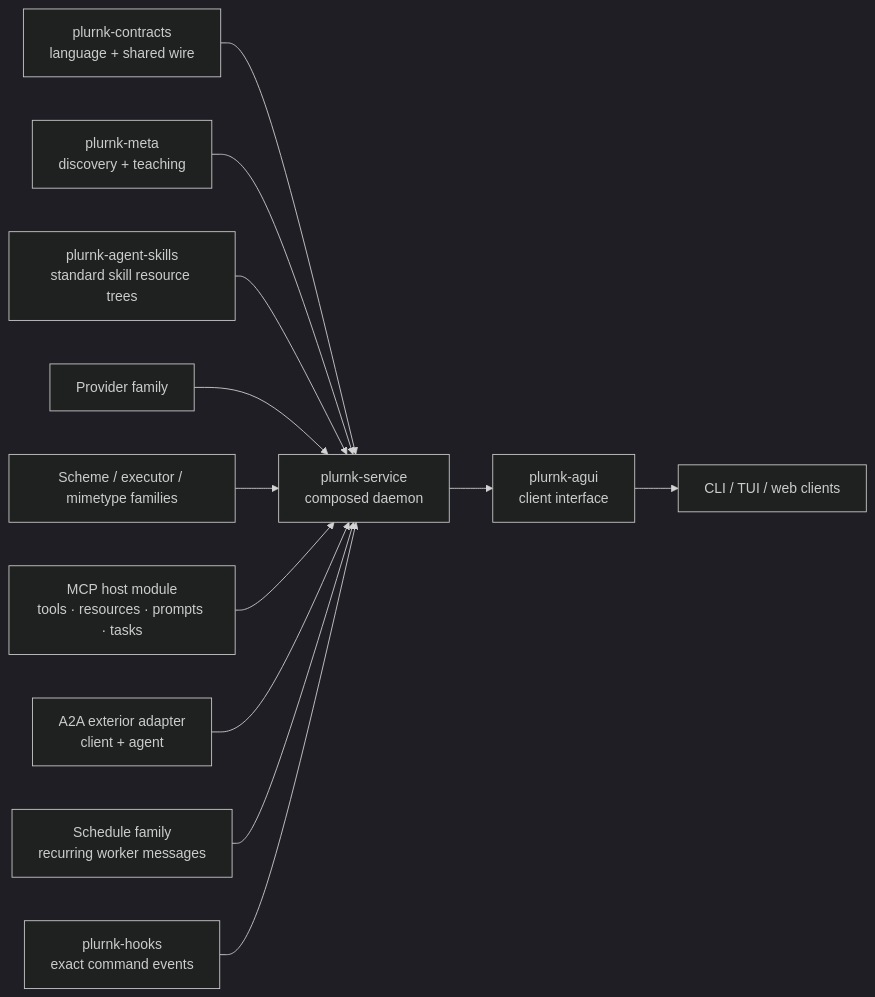
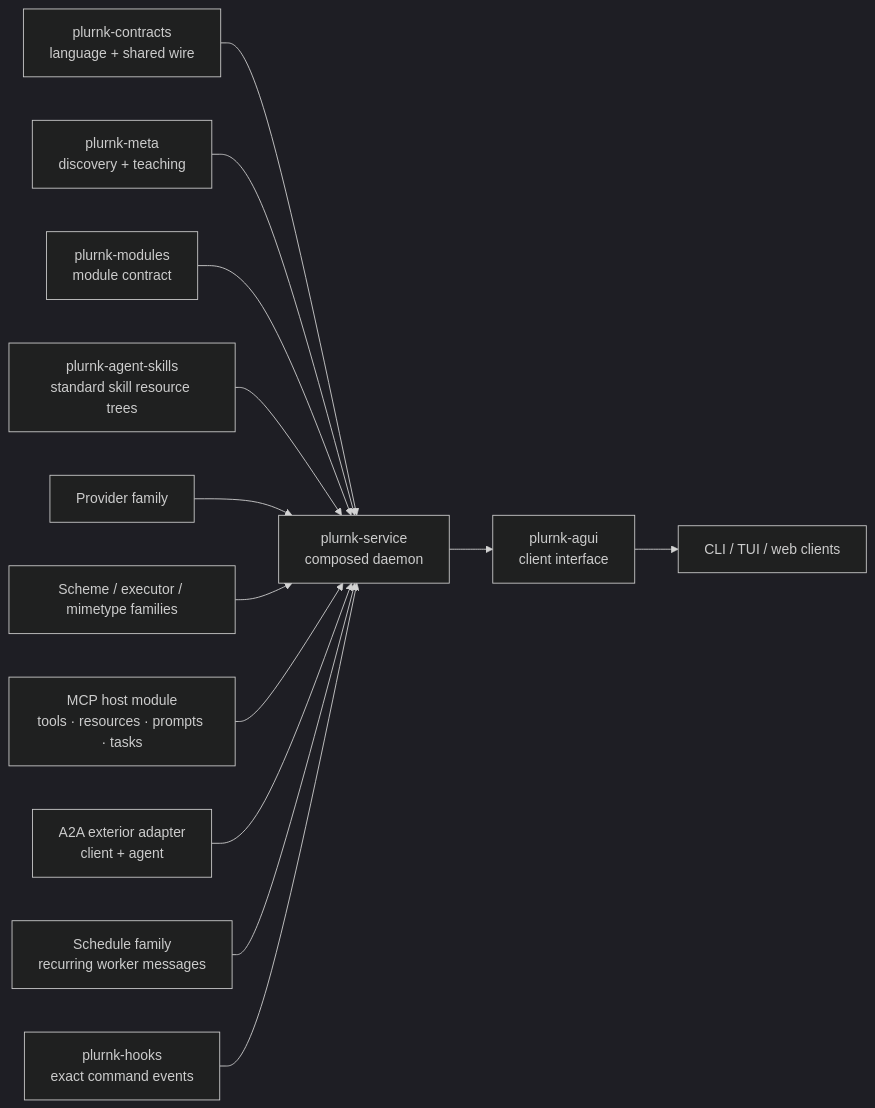
One commit to plurnk/plurnk-service changed the second of 4 diagrams in ARCHITECTURE.md. Above: the diagram before and after it, drawn with Mermaid (dark theme). The commit also changed other lines of this file and 69 other files, not shown here.

Commit message:
refactor(plugins): the module contract is its own package; each family owns its slice (#962)

````diff
--- a/ARCHITECTURE.md
+++ b/ARCHITECTURE.md
@@ -41,15 +41,16 @@
 ```mermaid
 flowchart LR
     contracts["plurnk-contracts<br/>language + shared wire"] --> core
     meta["plurnk-meta<br/>discovery + teaching"] --> core
+    modules["plurnk-modules<br/>module contract"] --> core
     skills["plurnk-agent-skills<br/>standard skill resource trees"] --> core
     providers["Provider family"] --> core
     capabilities["Scheme / executor / mimetype families"] --> core
     mcp["MCP host module<br/>tools · resources · prompts · tasks"] --> core
     a2a["A2A exterior adapter<br/>client + agent"] --> core
     schedule["Schedule family<br/>recurring worker messages"] --> core
     hooks["plurnk-hooks<br/>exact command events"] --> core
     core["plurnk-service<br/>composed daemon"]
     core --> agui["plurnk-agui<br/>client interface"]
     agui --> clients["CLI / TUI / web clients"]
 ```
````
